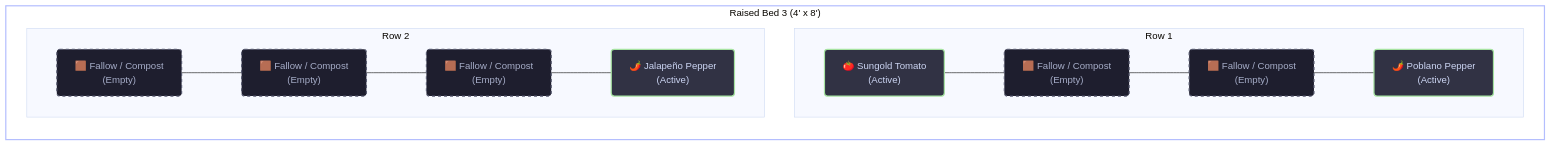
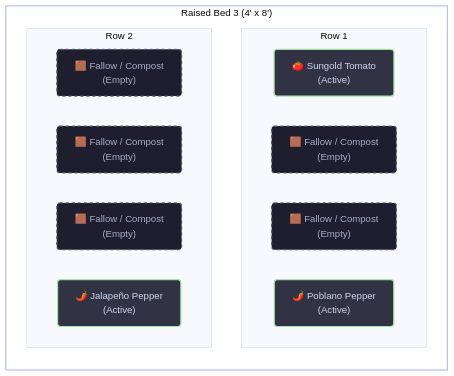
The diagram in docs/beds/raised-bed-3.md (nicholaswilde/gardening), drawn with Mermaid (base theme) before and after one commit. The commit also changed 4 other files, not shown here.

````diff
--- a/docs/beds/raised-bed-3.md
+++ b/docs/beds/raised-bed-3.md
@@ -15,28 +15,34 @@
 ```mermaid
 flowchart TD
     subgraph Bed ["Raised Bed 3 (4' x 8')"]
         direction TB
         subgraph Row1 ["Row 1"]
             direction LR
-            cell1_1["🍅 Sungold Tomato<br>(Active)"] --- cell1_2["🟫 Fallow / Compost<br>(Empty)"] --- cell1_3["🟫 Fallow / Compost<br>(Empty)"] --- cell1_4["🌶️ Poblano Pepper<br>(Active)"]
+            cell1_1["🍅 Sungold Tomato<br>(Active)"]
+            cell1_2["🟫 Fallow / Compost<br>(Empty)"]
+            cell1_3["🟫 Fallow / Compost<br>(Empty)"]
+            cell1_4["🌶️ Poblano Pepper<br>(Active)"]
         end
         subgraph Row2 ["Row 2"]
             direction LR
-            cell2_1["🟫 Fallow / Compost<br>(Empty)"] --- cell2_2["🟫 Fallow / Compost<br>(Empty)"] --- cell2_3["🟫 Fallow / Compost<br>(Empty)"] --- cell2_4["🌶️ Jalapeño Pepper<br>(Active)"]
+            cell2_1["🟫 Fallow / Compost<br>(Empty)"]
+            cell2_2["🟫 Fallow / Compost<br>(Empty)"]
+            cell2_3["🟫 Fallow / Compost<br>(Empty)"]
+            cell2_4["🌶️ Jalapeño Pepper<br>(Active)"]
         end
     end
 
     style Bed fill:transparent,stroke:#b4befe,stroke-width:2px
     style cell1_1 fill:#313244,stroke:#a6e3a1,stroke-width:2px,color:#cdd6f4,rx:5,ry:5
     style cell1_2 fill:#1e1e2e,stroke:#585b70,stroke-width:2px,color:#a6adc8,stroke-dasharray: 5 5,rx:5,ry:5
     style cell1_3 fill:#1e1e2e,stroke:#585b70,stroke-width:2px,color:#a6adc8,stroke-dasharray: 5 5,rx:5,ry:5
     style cell1_4 fill:#313244,stroke:#a6e3a1,stroke-width:2px,color:#cdd6f4,rx:5,ry:5
     style cell2_1 fill:#1e1e2e,stroke:#585b70,stroke-width:2px,color:#a6adc8,stroke-dasharray: 5 5,rx:5,ry:5
     style cell2_2 fill:#1e1e2e,stroke:#585b70,stroke-width:2px,color:#a6adc8,stroke-dasharray: 5 5,rx:5,ry:5
     style cell2_3 fill:#1e1e2e,stroke:#585b70,stroke-width:2px,color:#a6adc8,stroke-dasharray: 5 5,rx:5,ry:5
     style cell2_4 fill:#313244,stroke:#a6e3a1,stroke-width:2px,color:#cdd6f4,rx:5,ry:5
 
     click cell1_4 "../plants/poblano-pepper.md" "Poblano Pepper Profile"
     click cell1_1 "../plants/sungold-tomato.md" "Sungold Tomato Profile"
     click cell2_4 "../plants/jalapeno-pepper.md" "Jalapeño Pepper Profile"
 ```
````
